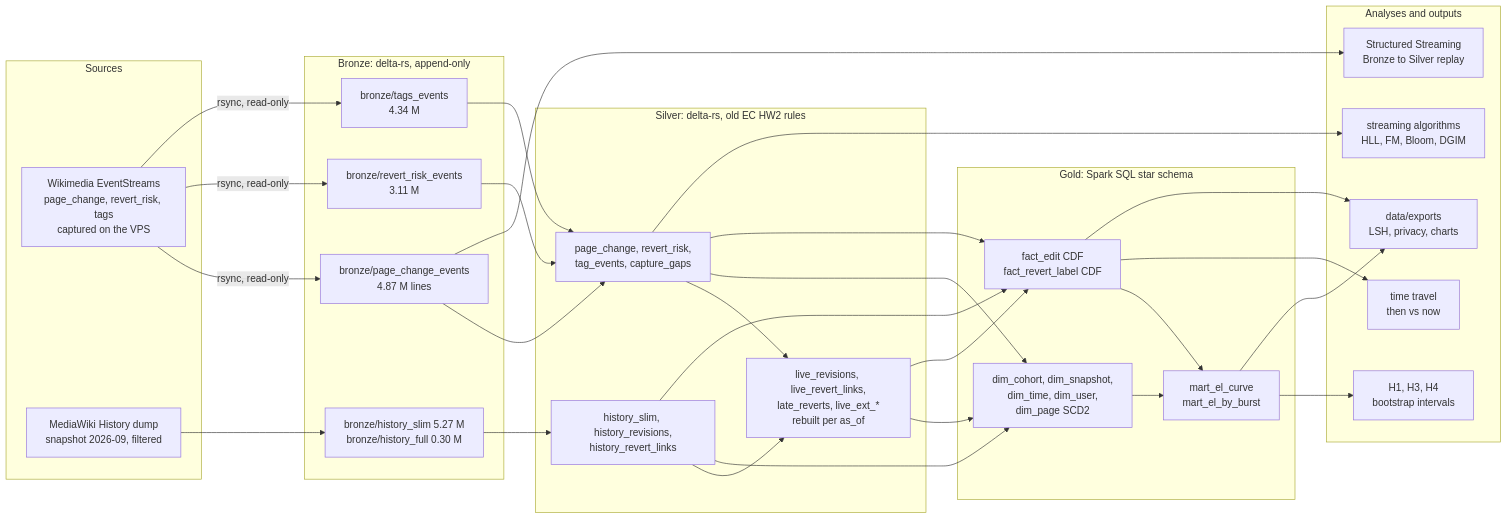
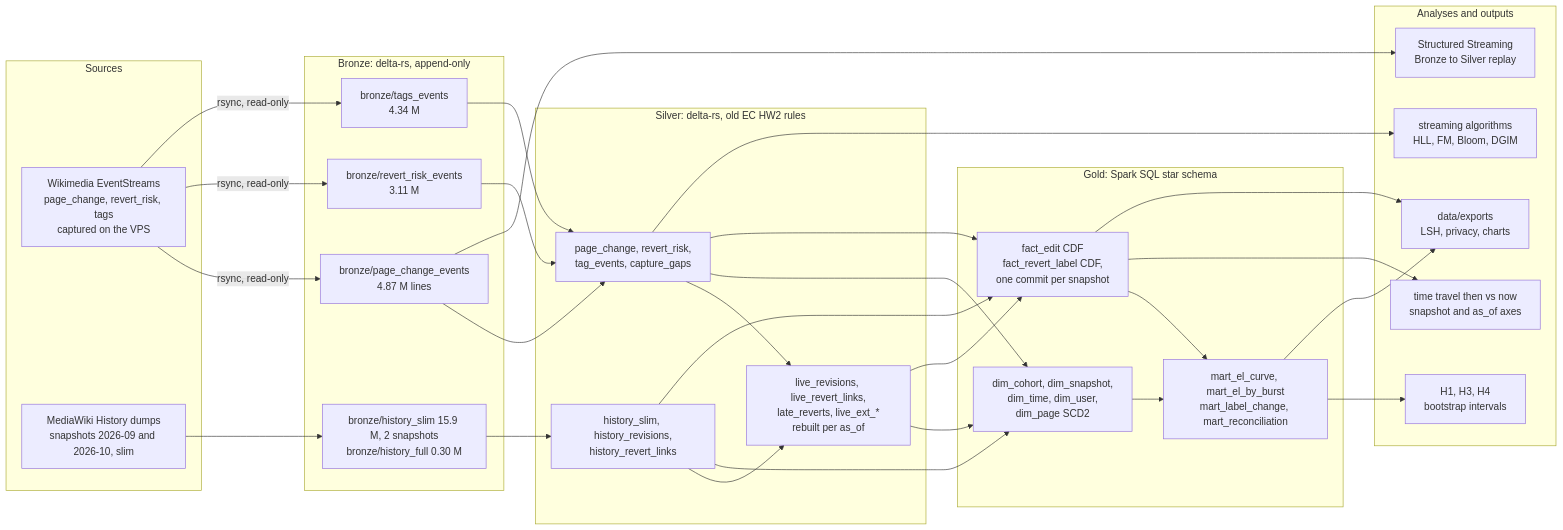
One commit to scottn66/truth-lag changed the diagram in docs/final/flow.mmd. Above: the diagram before and after it, drawn with Mermaid. The commit also changed 39 other files, not shown here.

First line of the commit message:
Second History snapshot 2026-10: local filter, load, label change feed, reconciliation, snapshot time travel

```diff
--- a/docs/final/flow.mmd
+++ b/docs/final/flow.mmd
@@ -1,42 +1,42 @@
 %% TruthLag final build: data flow (render with mermaid; PNG copy in docs/final/figures/flow.png)
 flowchart LR
   subgraph SRC[Sources]
     ES[Wikimedia EventStreams<br/>page_change, revert_risk, tags<br/>captured on the VPS]
-    HD[MediaWiki History dump<br/>snapshot 2026-09, filtered]
+    HD[MediaWiki History dumps<br/>snapshots 2026-09 and 2026-10, slim]
   end
   subgraph BR[Bronze: delta-rs, append-only]
     B1[bronze/page_change_events<br/>4.87 M lines]
     B2[bronze/revert_risk_events<br/>3.11 M]
     B3[bronze/tags_events<br/>4.34 M]
-    B4[bronze/history_slim 5.27 M<br/>bronze/history_full 0.30 M]
+    B4[bronze/history_slim 15.9 M, 2 snapshots<br/>bronze/history_full 0.30 M]
   end
   subgraph SI[Silver: delta-rs, old EC HW2 rules]
     S1[page_change, revert_risk,<br/>tag_events, capture_gaps]
     S2[history_slim, history_revisions,<br/>history_revert_links]
     S3[live_revisions, live_revert_links,<br/>late_reverts, live_ext_*<br/>rebuilt per as_of]
   end
   subgraph GO[Gold: Spark SQL star schema]
     D[dim_cohort, dim_snapshot,<br/>dim_time, dim_user,<br/>dim_page SCD2]
-    F[fact_edit CDF<br/>fact_revert_label CDF]
-    M[mart_el_curve<br/>mart_el_by_burst]
+    F[fact_edit CDF<br/>fact_revert_label CDF,<br/>one commit per snapshot]
+    M[mart_el_curve, mart_el_by_burst<br/>mart_label_change, mart_reconciliation]
   end
   subgraph AN[Analyses and outputs]
     H[H1, H3, H4<br/>bootstrap intervals]
-    T[time travel<br/>then vs now]
+    T[time travel then vs now<br/>snapshot and as_of axes]
     SA[streaming algorithms<br/>HLL, FM, Bloom, DGIM]
     SS[Structured Streaming<br/>Bronze to Silver replay]
     X[data/exports<br/>LSH, privacy, charts]
   end
   ES -->|rsync, read-only| B1 & B2 & B3
   HD --> B4
   B1 & B2 & B3 --> S1
   B4 --> S2
   S1 --> S3
   S2 --> S3
   S1 & S2 & S3 --> D & F
   D & F --> M
   M --> H
   F --> T
   S1 --> SA
   B1 --> SS
   M & F --> X
```
